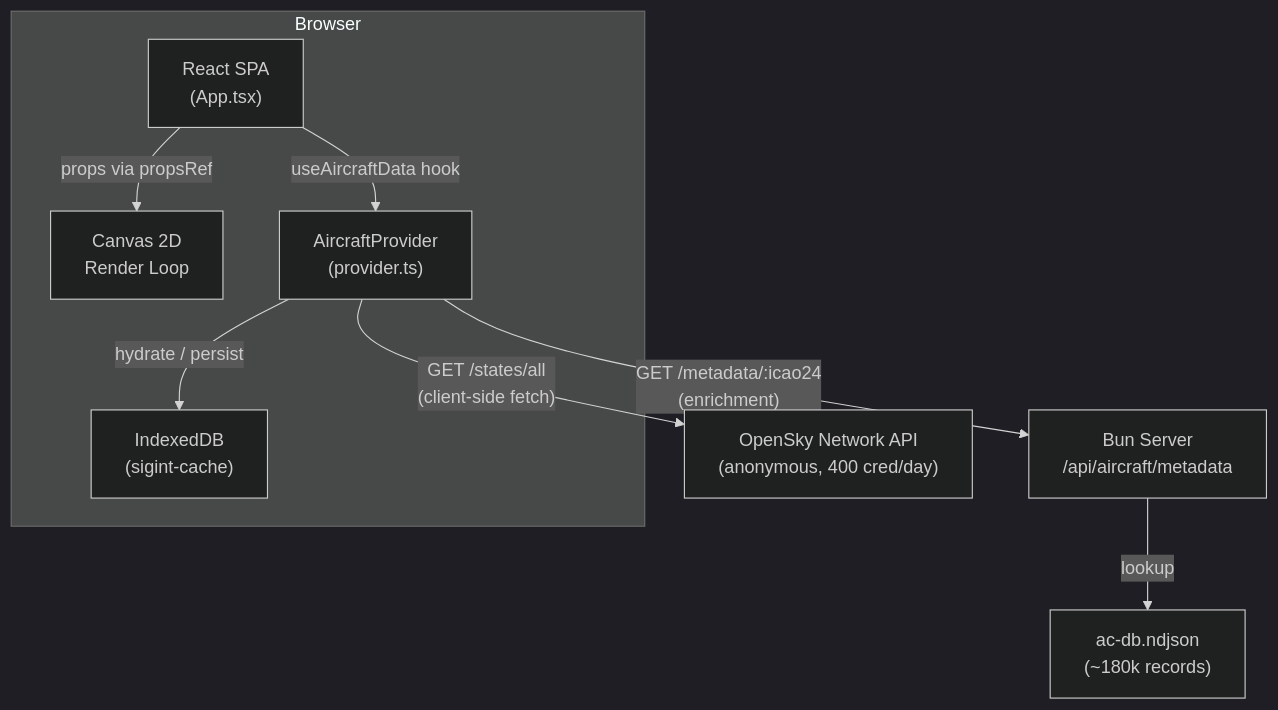
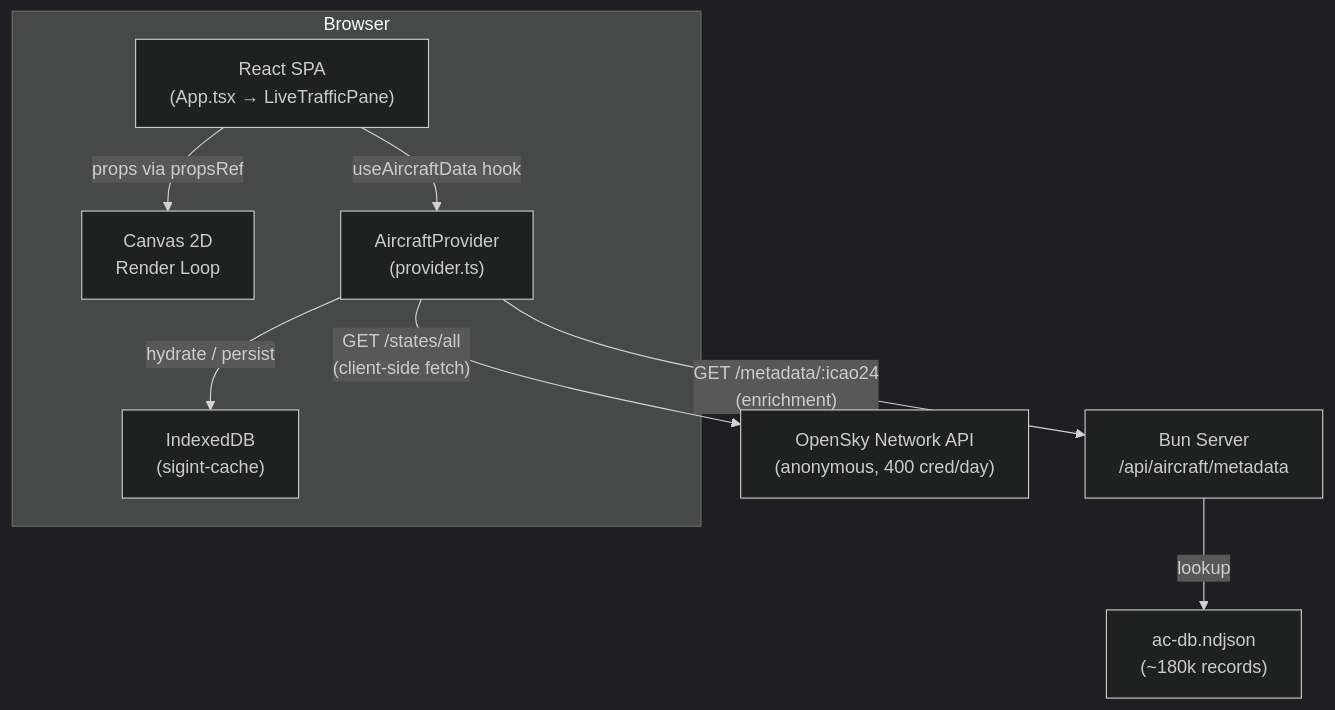
The first of 14 diagrams in docs/architecture.md (iiTONELOC/sigint), drawn with Mermaid (dark theme) before and after one commit. The commit also changed other lines of this file and 13 other files, not shown here.

First line of the commit message:
refactor: extract LiveTrafficPane, restructure aircraft feature

````diff
--- a/docs/architecture.md
+++ b/docs/architecture.md
@@ -15,21 +15,21 @@
 ```mermaid
 graph TB
     subgraph Browser
-        SPA["React SPA<br/>(App.tsx)"]
+        SPA["React SPA<br/>(App.tsx → LiveTrafficPane)"]
         Canvas["Canvas 2D<br/>Render Loop"]
         IDB["IndexedDB<br/>(sigint-cache)"]
         Provider["AircraftProvider<br/>(provider.ts)"]
 
         SPA -->|"props via propsRef"| Canvas
         SPA -->|"useAircraftData hook"| Provider
         Provider -->|"hydrate / persist"| IDB
     end
 
     OpenSky["OpenSky Network API<br/>(anonymous, 400 cred/day)"]
     BunServer["Bun Server<br/>/api/aircraft/metadata"]
     NDJSON["ac-db.ndjson<br/>(~180k records)"]
 
     Provider -->|"GET /states/all<br/>(client-side fetch)"| OpenSky
     Provider -->|"GET /metadata/:icao24<br/>(enrichment)"| BunServer
     BunServer -->|"lookup"| NDJSON
 ```
````
